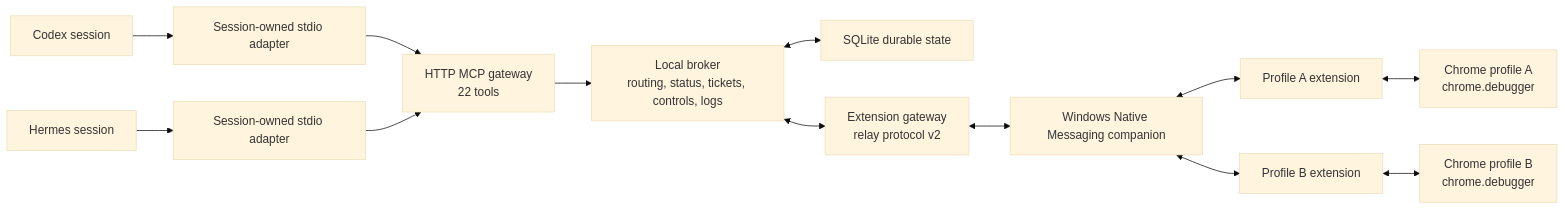
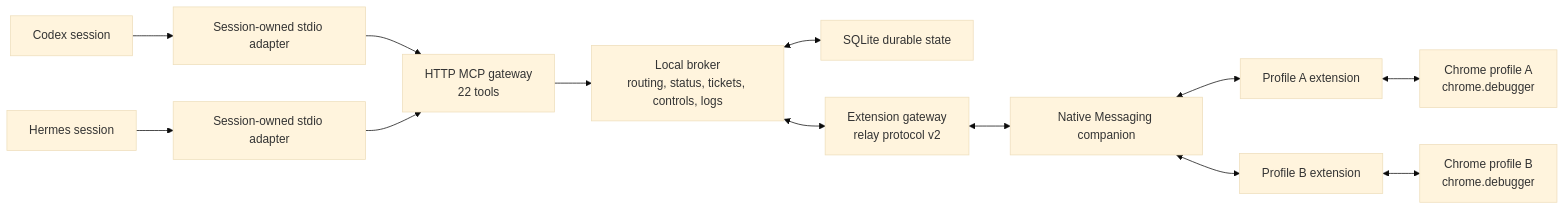
One commit to ohmyskyhigh/tabro changed the diagram in README.md. Above: the diagram before and after it, drawn with Mermaid (base theme). The commit also changed other lines of this file and 117 other files, not shown here.

````diff
--- a/README.md
+++ b/README.md
@@ -71,15 +78,15 @@
 ```mermaid
 flowchart LR
   C["Codex session"] --> A1["Session-owned stdio adapter"]
   H["Hermes session"] --> A2["Session-owned stdio adapter"]
   A1 --> M["HTTP MCP gateway\n22 tools"]
   A2 --> M
   M --> B["Local broker\nrouting, status, tickets, controls, logs"]
   B <--> D["SQLite durable state"]
   B <--> G["Extension gateway\nrelay protocol v2"]
-  G <--> N["Windows Native Messaging companion"]
+  G <--> N["Native Messaging companion"]
   N <--> E1["Profile A extension"]
   N <--> E2["Profile B extension"]
   E1 <--> P1["Chrome profile A\nchrome.debugger"]
   E2 <--> P2["Chrome profile B\nchrome.debugger"]
 ```
````
